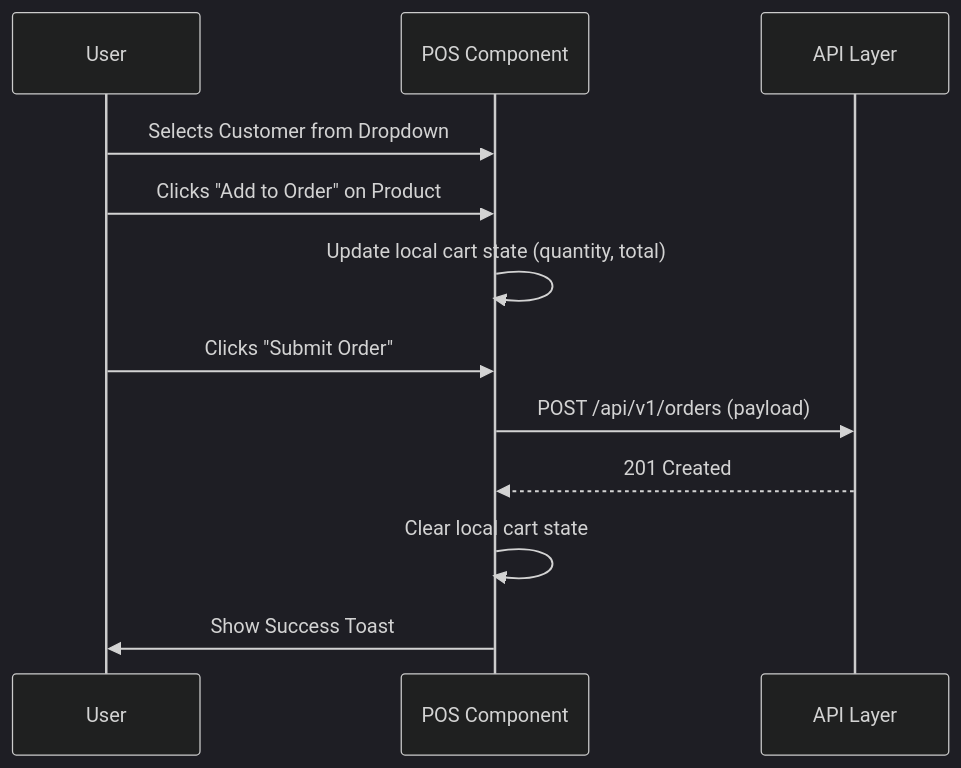
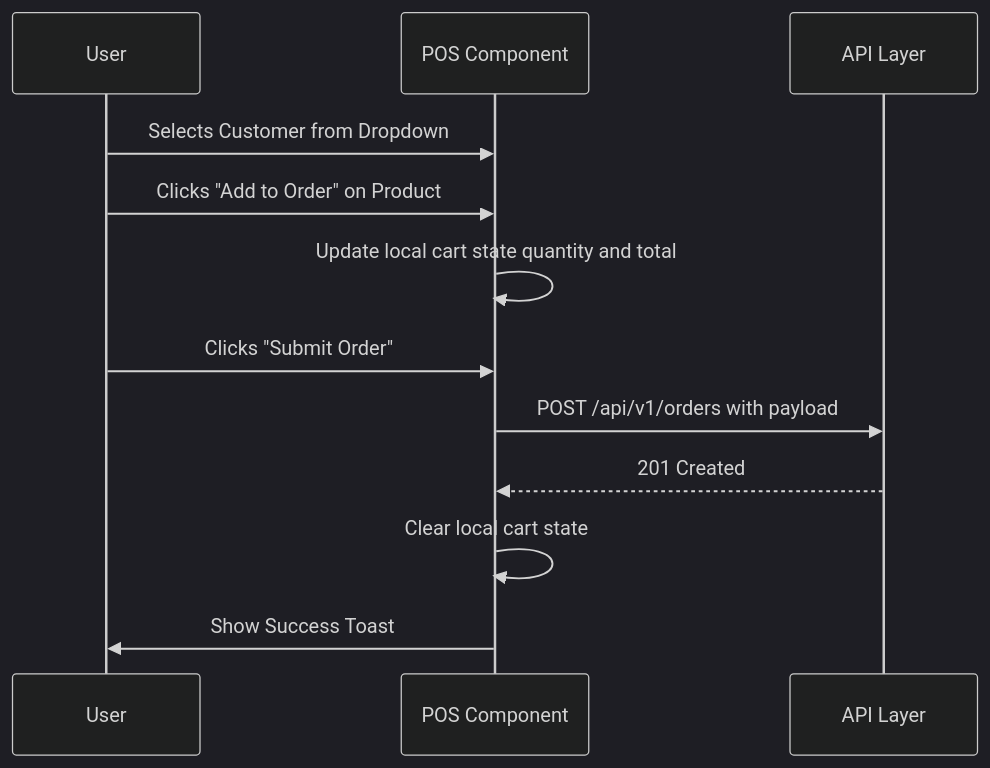
One commit to EzekielAbug/stockpilot-frontend changed the second of 2 diagrams in docs/ARCHITECTURE.md. Above: the diagram before and after it, drawn with Mermaid (dark theme).

Commit message:
Fixed diagrams for architecture

````diff
--- a/docs/ARCHITECTURE.md
+++ b/docs/ARCHITECTURE.md
@@ -42,15 +42,15 @@
 ```mermaid
 sequenceDiagram
     participant U as User
     participant P as POS Component
     participant A as API Layer
     
     U->>P: Selects Customer from Dropdown
     U->>P: Clicks "Add to Order" on Product
-    P->>P: Update local cart state (quantity, total)
+    P->>P: Update local cart state quantity and total
     U->>P: Clicks "Submit Order"
-    P->>A: POST /api/v1/orders (payload)
+    P->>A: POST /api/v1/orders with payload
     A-->>P: 201 Created
     P->>P: Clear local cart state
     P->>U: Show Success Toast
 ```
````
